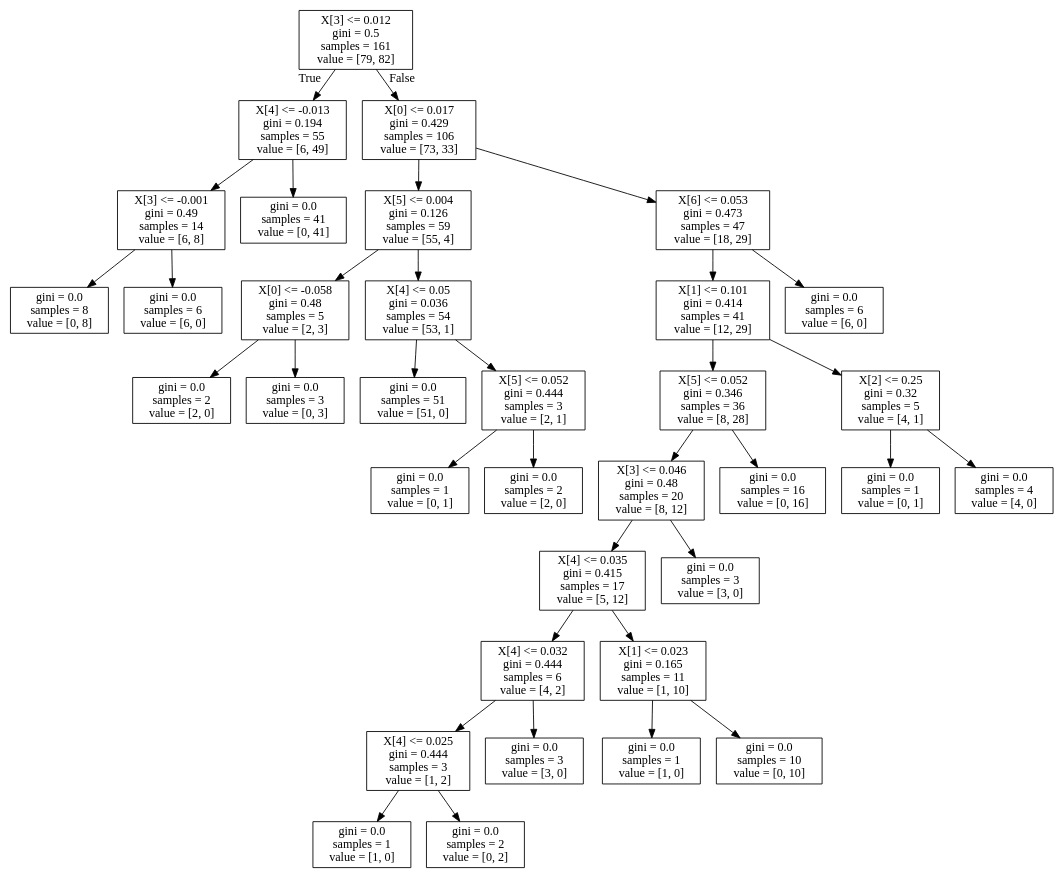
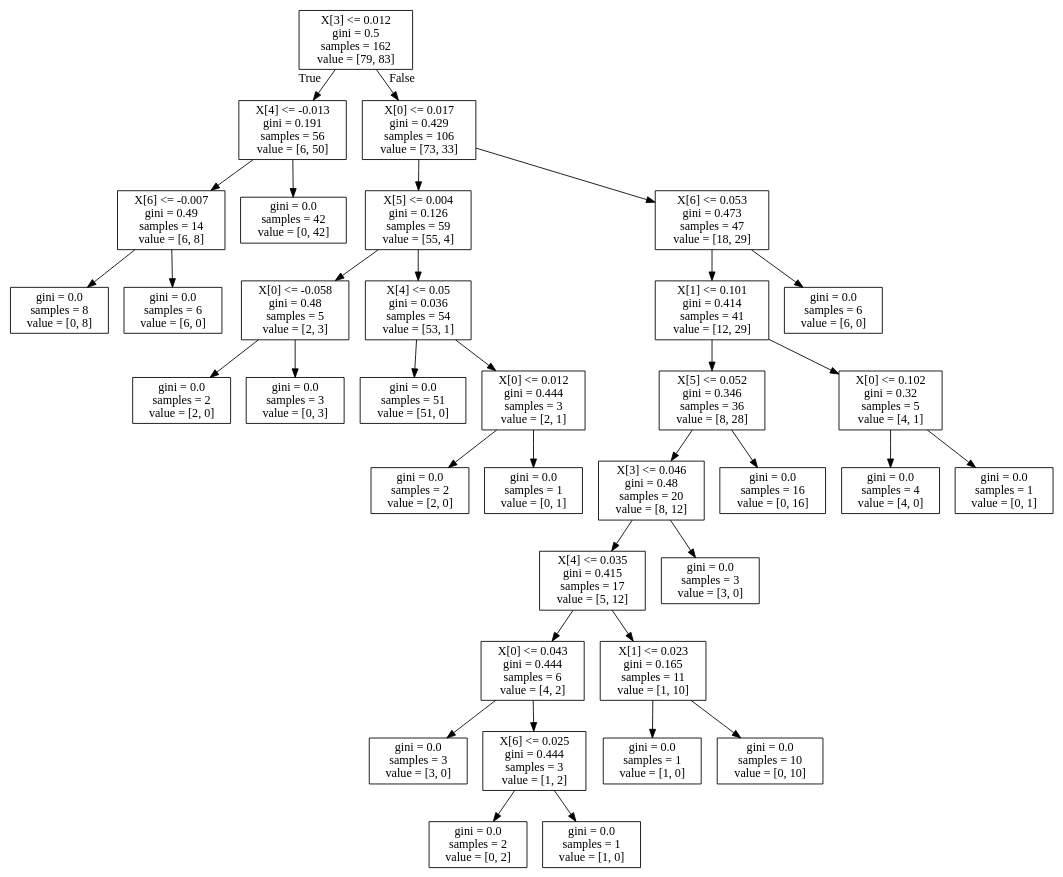
The diagram in tre.dot (LimboRift/wkzq), drawn with Graphviz before and after one commit. The commit also changed 8 other files, not shown here.

```diff
--- a/tre.dot
+++ b/tre.dot
@@ -1,72 +1,72 @@
 digraph Tree {
 node [shape=box] ;
-0 [label="X[3] <= 0.012\ngini = 0.5\nsamples = 161\nvalue = [79, 82]"] ;
-1 [label="X[4] <= -0.013\ngini = 0.194\nsamples = 55\nvalue = [6, 49]"] ;
+0 [label="X[3] <= 0.012\ngini = 0.5\nsamples = 162\nvalue = [79, 83]"] ;
+1 [label="X[4] <= -0.013\ngini = 0.191\nsamples = 56\nvalue = [6, 50]"] ;
 0 -> 1 [labeldistance=2.5, labelangle=45, headlabel="True"] ;
-2 [label="X[3] <= -0.001\ngini = 0.49\nsamples = 14\nvalue = [6, 8]"] ;
+2 [label="X[6] <= -0.007\ngini = 0.49\nsamples = 14\nvalue = [6, 8]"] ;
 1 -> 2 ;
 3 [label="gini = 0.0\nsamples = 8\nvalue = [0, 8]"] ;
 2 -> 3 ;
 4 [label="gini = 0.0\nsamples = 6\nvalue = [6, 0]"] ;
 2 -> 4 ;
-5 [label="gini = 0.0\nsamples = 41\nvalue = [0, 41]"] ;
+5 [label="gini = 0.0\nsamples = 42\nvalue = [0, 42]"] ;
 1 -> 5 ;
 6 [label="X[0] <= 0.017\ngini = 0.429\nsamples = 106\nvalue = [73, 33]"] ;
 0 -> 6 [labeldistance=2.5, labelangle=-45, headlabel="False"] ;
 7 [label="X[5] <= 0.004\ngini = 0.126\nsamples = 59\nvalue = [55, 4]"] ;
 6 -> 7 ;
 8 [label="X[0] <= -0.058\ngini = 0.48\nsamples = 5\nvalue = [2, 3]"] ;
 7 -> 8 ;
 9 [label="gini = 0.0\nsamples = 2\nvalue = [2, 0]"] ;
 8 -> 9 ;
 10 [label="gini = 0.0\nsamples = 3\nvalue = [0, 3]"] ;
 8 -> 10 ;
 11 [label="X[4] <= 0.05\ngini = 0.036\nsamples = 54\nvalue = [53, 1]"] ;
 7 -> 11 ;
 12 [label="gini = 0.0\nsamples = 51\nvalue = [51, 0]"] ;
 11 -> 12 ;
-13 [label="X[5] <= 0.052\ngini = 0.444\nsamples = 3\nvalue = [2, 1]"] ;
+13 [label="X[0] <= 0.012\ngini = 0.444\nsamples = 3\nvalue = [2, 1]"] ;
 11 -> 13 ;
-14 [label="gini = 0.0\nsamples = 1\nvalue = [0, 1]"] ;
+14 [label="gini = 0.0\nsamples = 2\nvalue = [2, 0]"] ;
 13 -> 14 ;
-15 [label="gini = 0.0\nsamples = 2\nvalue = [2, 0]"] ;
+15 [label="gini = 0.0\nsamples = 1\nvalue = [0, 1]"] ;
 13 -> 15 ;
 16 [label="X[6] <= 0.053\ngini = 0.473\nsamples = 47\nvalue = [18, 29]"] ;
 6 -> 16 ;
 17 [label="X[1] <= 0.101\ngini = 0.414\nsamples = 41\nvalue = [12, 29]"] ;
 16 -> 17 ;
 18 [label="X[5] <= 0.052\ngini = 0.346\nsamples = 36\nvalue = [8, 28]"] ;
 17 -> 18 ;
 19 [label="X[3] <= 0.046\ngini = 0.48\nsamples = 20\nvalue = [8, 12]"] ;
 18 -> 19 ;
 20 [label="X[4] <= 0.035\ngini = 0.415\nsamples = 17\nvalue = [5, 12]"] ;
 19 -> 20 ;
-21 [label="X[4] <= 0.032\ngini = 0.444\nsamples = 6\nvalue = [4, 2]"] ;
+21 [label="X[0] <= 0.043\ngini = 0.444\nsamples = 6\nvalue = [4, 2]"] ;
 20 -> 21 ;
-22 [label="X[4] <= 0.025\ngini = 0.444\nsamples = 3\nvalue = [1, 2]"] ;
+22 [label="gini = 0.0\nsamples = 3\nvalue = [3, 0]"] ;
 21 -> 22 ;
-23 [label="gini = 0.0\nsamples = 1\nvalue = [1, 0]"] ;
-22 -> 23 ;
+23 [label="X[6] <= 0.025\ngini = 0.444\nsamples = 3\nvalue = [1, 2]"] ;
+21 -> 23 ;
 24 [label="gini = 0.0\nsamples = 2\nvalue = [0, 2]"] ;
-22 -> 24 ;
-25 [label="gini = 0.0\nsamples = 3\nvalue = [3, 0]"] ;
-21 -> 25 ;
+23 -> 24 ;
+25 [label="gini = 0.0\nsamples = 1\nvalue = [1, 0]"] ;
+23 -> 25 ;
 26 [label="X[1] <= 0.023\ngini = 0.165\nsamples = 11\nvalue = [1, 10]"] ;
 20 -> 26 ;
 27 [label="gini = 0.0\nsamples = 1\nvalue = [1, 0]"] ;
 26 -> 27 ;
 28 [label="gini = 0.0\nsamples = 10\nvalue = [0, 10]"] ;
 26 -> 28 ;
 29 [label="gini = 0.0\nsamples = 3\nvalue = [3, 0]"] ;
 19 -> 29 ;
 30 [label="gini = 0.0\nsamples = 16\nvalue = [0, 16]"] ;
 18 -> 30 ;
-31 [label="X[2] <= 0.25\ngini = 0.32\nsamples = 5\nvalue = [4, 1]"] ;
+31 [label="X[0] <= 0.102\ngini = 0.32\nsamples = 5\nvalue = [4, 1]"] ;
 17 -> 31 ;
-32 [label="gini = 0.0\nsamples = 1\nvalue = [0, 1]"] ;
+32 [label="gini = 0.0\nsamples = 4\nvalue = [4, 0]"] ;
 31 -> 32 ;
-33 [label="gini = 0.0\nsamples = 4\nvalue = [4, 0]"] ;
+33 [label="gini = 0.0\nsamples = 1\nvalue = [0, 1]"] ;
 31 -> 33 ;
 34 [label="gini = 0.0\nsamples = 6\nvalue = [6, 0]"] ;
 16 -> 34 ;
 }
```
